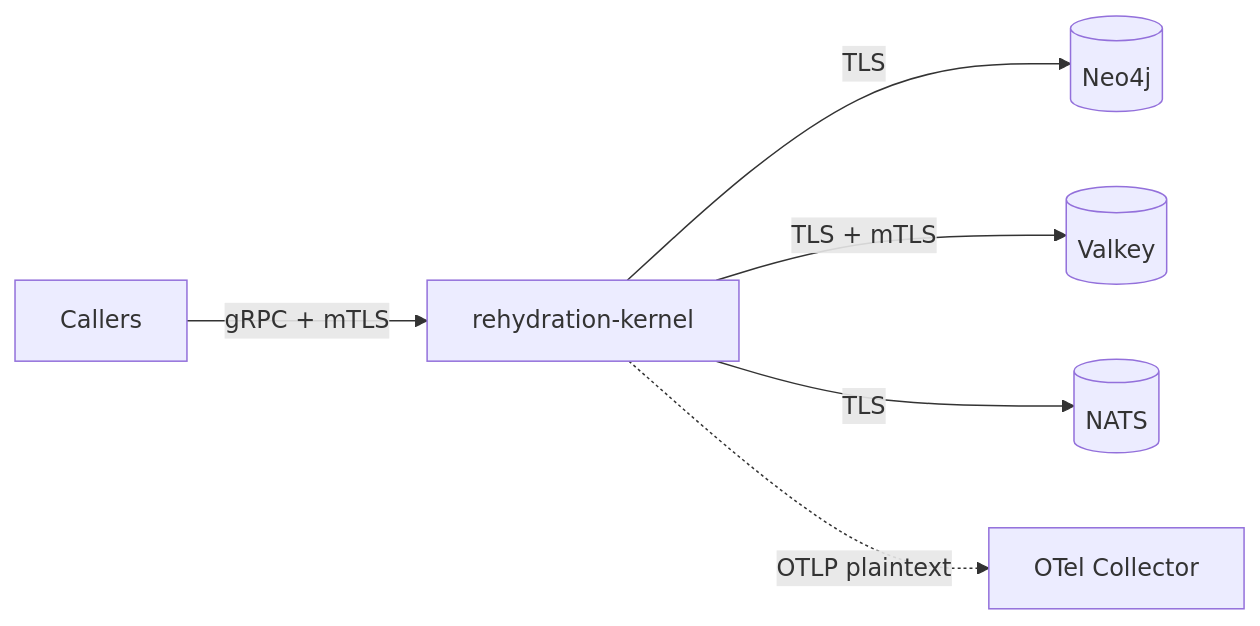
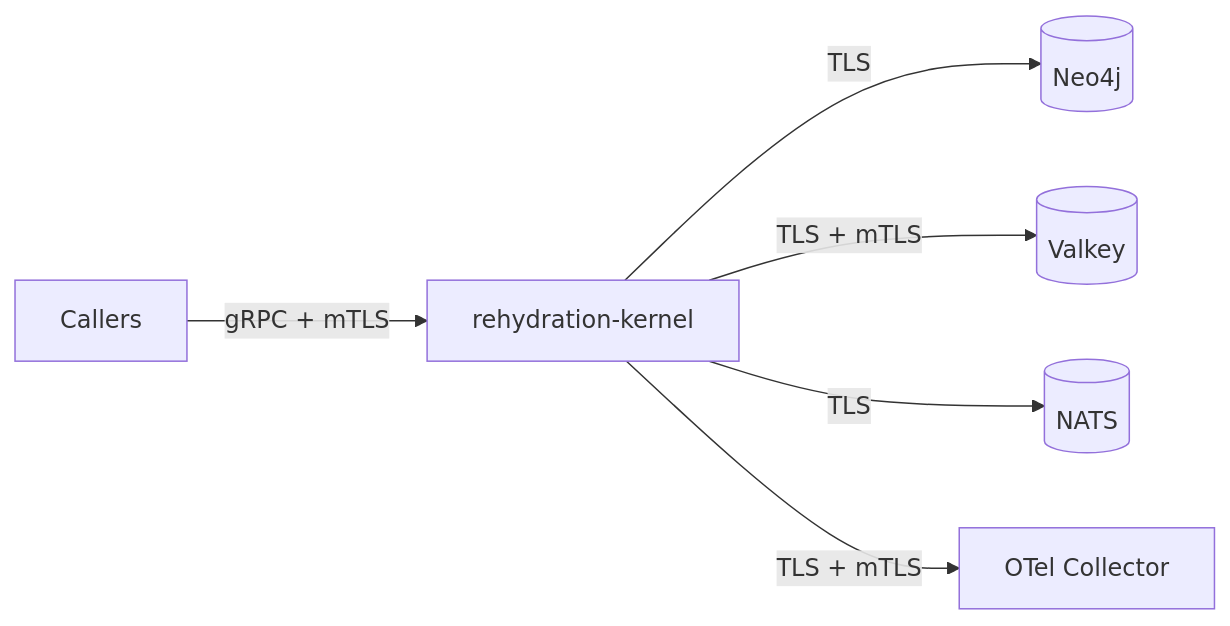
One commit to underpass-ai/rehydration-kernel changed the diagram in docs/security-model.md. Above: the diagram before and after it, drawn with Mermaid. The commit also changed other lines of this file and 8 other files, not shown here.

````diff
--- a/docs/security-model.md
+++ b/docs/security-model.md
@@ -8,8 +9,8 @@
 ```mermaid
 graph LR
     C[Callers] -- gRPC + mTLS --> K[rehydration-kernel]
     K -- TLS --> N4[(Neo4j)]
     K -- TLS + mTLS --> VK[(Valkey)]
     K -- TLS --> NT[(NATS)]
-    K -. OTLP plaintext .-> OT[OTel Collector]
+    K -- TLS + mTLS --> OT[OTel Collector]
 ```
````
